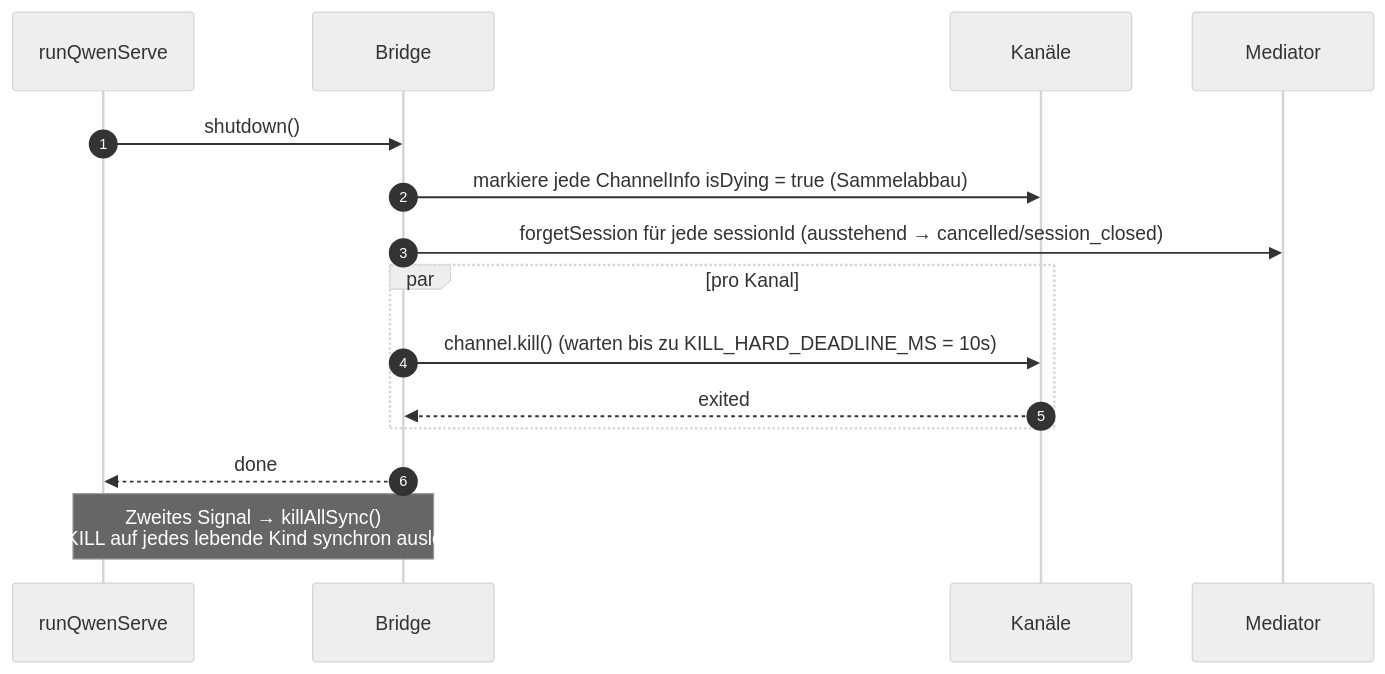
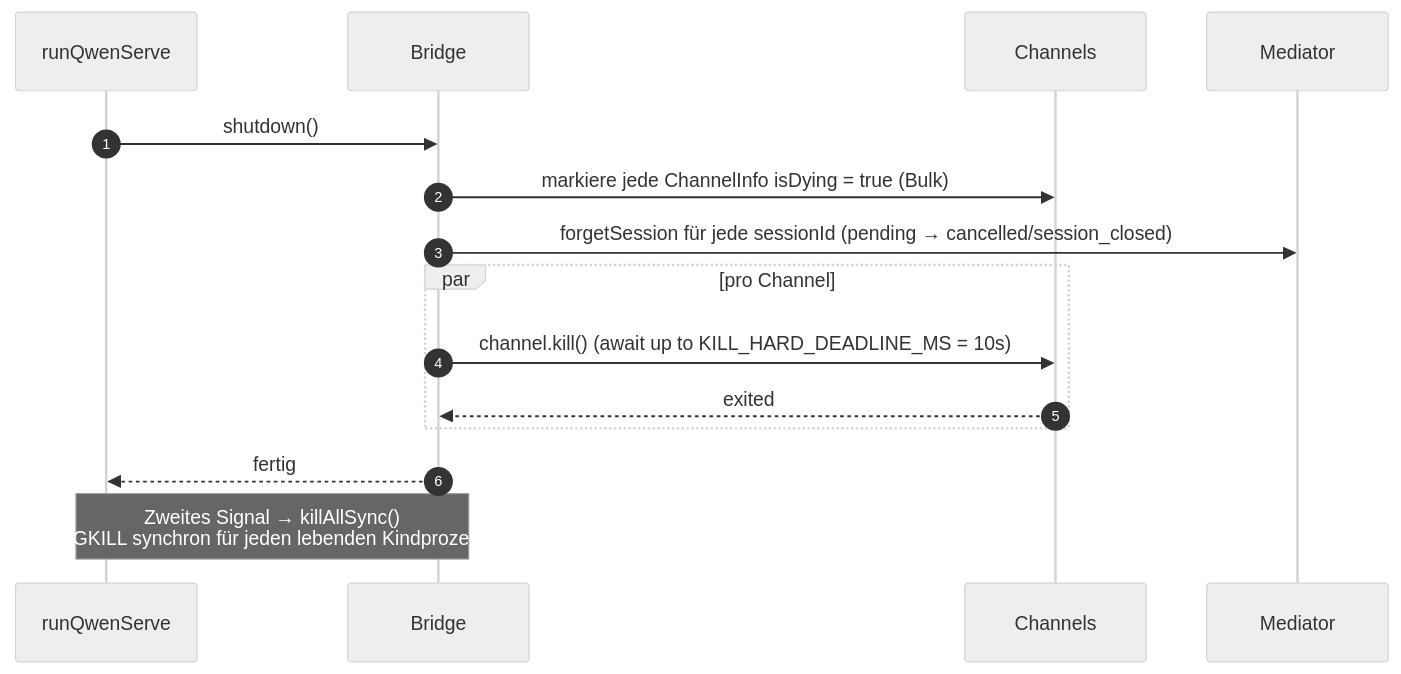
The fourth of 4 diagrams in website/content/de/developers/daemon/03-acp-bridge.md (QwenLM/qwen-code-docs), drawn with Mermaid (neutral theme) before and after one commit. The commit also changed other lines of this file and 162 other files, not shown here.

````diff
--- a/website/content/de/developers/daemon/03-acp-bridge.md
+++ b/website/content/de/developers/daemon/03-acp-bridge.md
@@ -152,18 +145,18 @@
 ```mermaid
 sequenceDiagram
     autonumber
     participant Op as runQwenServe
     participant B as Bridge
-    participant CHs as Kanäle
+    participant CHs as Channels
     participant M as Mediator
 
     Op->>B: shutdown()
-    B->>CHs: markiere jede ChannelInfo isDying = true (Sammelabbau)
-    B->>M: forgetSession für jede sessionId (ausstehend → cancelled/session_closed)
-    par pro Kanal
-        B->>CHs: channel.kill() (warten bis zu KILL_HARD_DEADLINE_MS = 10s)
+    B->>CHs: markiere jede ChannelInfo isDying = true (Bulk)
+    B->>M: forgetSession für jede sessionId (pending → cancelled/session_closed)
+    par pro Channel
+        B->>CHs: channel.kill() (await up to KILL_HARD_DEADLINE_MS = 10s)
         CHs-->>B: exited
     end
-    B-->>Op: done
-    Note over Op,B: Zweites Signal → killAllSync()<br/>(SIGKILL auf jedes lebende Kind synchron auslösen)
+    B-->>Op: fertig
+    Note over Op,B: Zweites Signal → killAllSync()<br/>(löst SIGKILL synchron für jeden lebenden Kindprozess aus)
 ```
````
